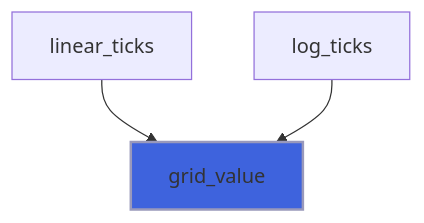
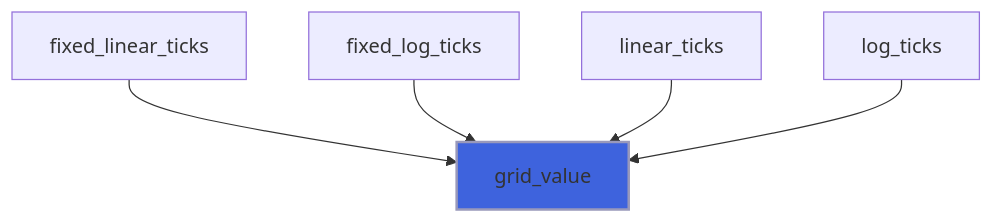
One commit to szaghi/foresight changed diagram 15 of 16 in docs/api/src/lib/foresight_ticks.md. Above: the diagram before and after it, drawn with Mermaid. The commit also changed other lines of this file and 42 other files, not shown here.

````diff
--- a/docs/api/src/lib/foresight_ticks.md
+++ b/docs/api/src/lib/foresight_ticks.md
@@ -213,6 +544,8 @@
 ```mermaid
 flowchart TD
+  fixed_linear_ticks["fixed_linear_ticks"] --> grid_value["grid_value"]
+  fixed_log_ticks["fixed_log_ticks"] --> grid_value["grid_value"]
   linear_ticks["linear_ticks"] --> grid_value["grid_value"]
   log_ticks["log_ticks"] --> grid_value["grid_value"]
   style grid_value fill:#3e63dd,stroke:#99b,stroke-width:2px
 ```
````
